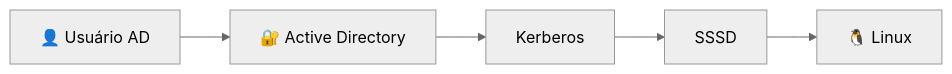
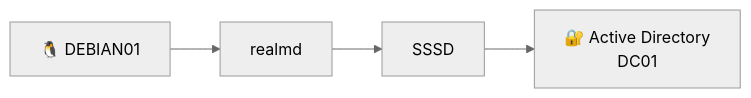
Before and after one commit to IsadoraVanderlan/active-directory-linux-integration-lab: the fifth of 13 diagrams in README.md, drawn with Mermaid (neutral theme). The commit also changed other lines of this file, not shown here.

````diff
--- a/README.md
+++ b/README.md
@@ -401,13 +348,6 @@
 ```mermaid
 flowchart LR
-    USER["👤 Usuário AD"]
-    AD["🔐 Active Directory"]
-    K["Kerberos"]
-    S["SSSD"]
-    L["🐧 Linux"]
-
-    USER --> AD
-    AD --> K
-    K --> S
-    S --> L
+    DEB["🐧 DEBIAN01"] --> REALM["realmd"]
+    REALM --> SSSD["SSSD"]
+    SSSD --> AD["🔐 Active Directory<br/>DC01"]
 ```
````
